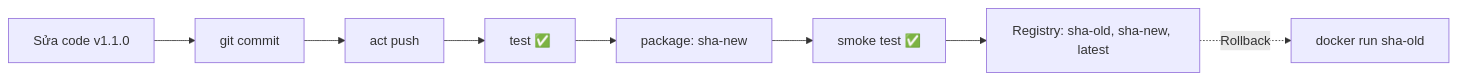
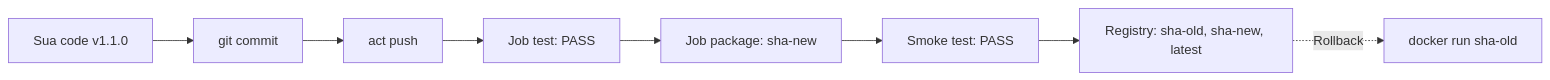
Before and after one commit to codegym-vn/devops-labs: the diagram in lab23-cicd-pipeline-test-package/step4.md, drawn with Mermaid. The commit also changed 4 other files, not shown here.

````diff
--- a/lab23-cicd-pipeline-test-package/step4.md
+++ b/lab23-cicd-pipeline-test-package/step4.md
@@ -38,10 +38,10 @@
 ```mermaid
 graph LR
-    A["Sửa code v1.1.0"] --> B["git commit"]
+    A["Sua code v1.1.0"] --> B["git commit"]
     B --> C["act push"]
-    C --> D["test ✅"]
-    D --> E["package: sha-new"]
-    E --> F["smoke test ✅"]
+    C --> D["Job test: PASS"]
+    D --> E["Job package: sha-new"]
+    E --> F["Smoke test: PASS"]
     F --> G["Registry: sha-old, sha-new, latest"]
     G -.->|"Rollback"| H["docker run sha-old"]
 ```
````
